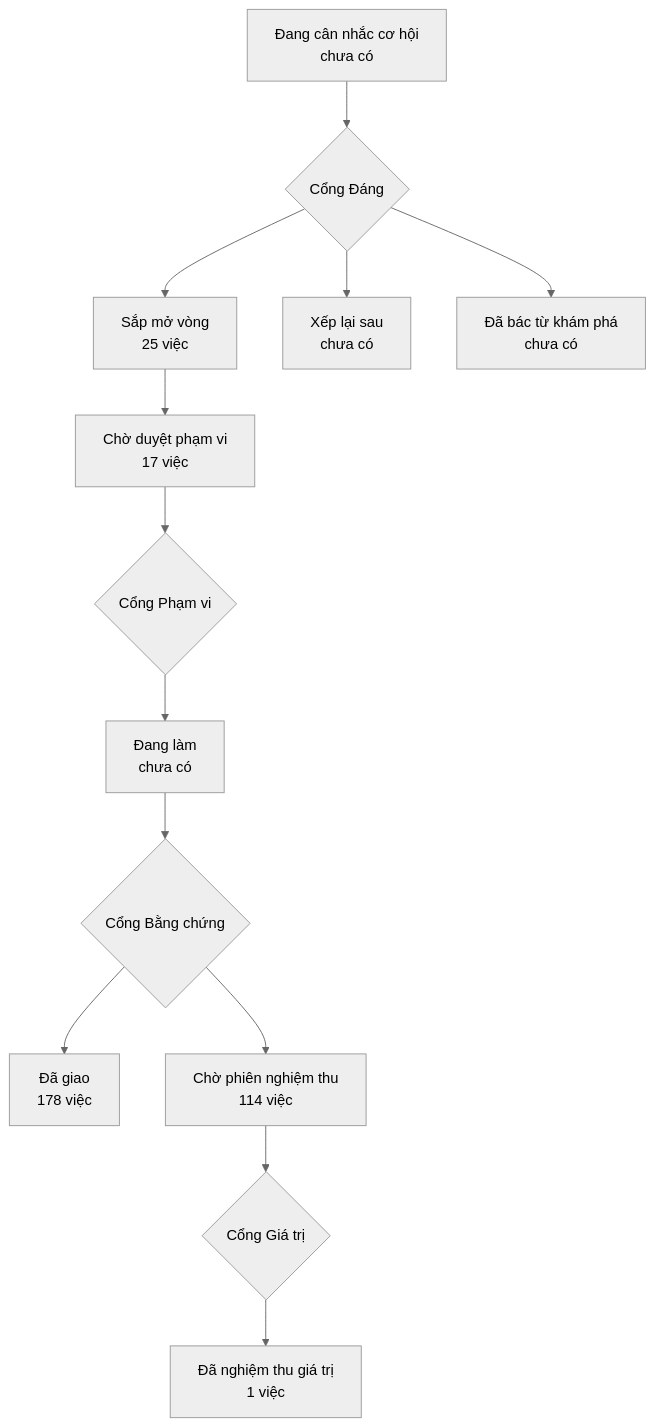
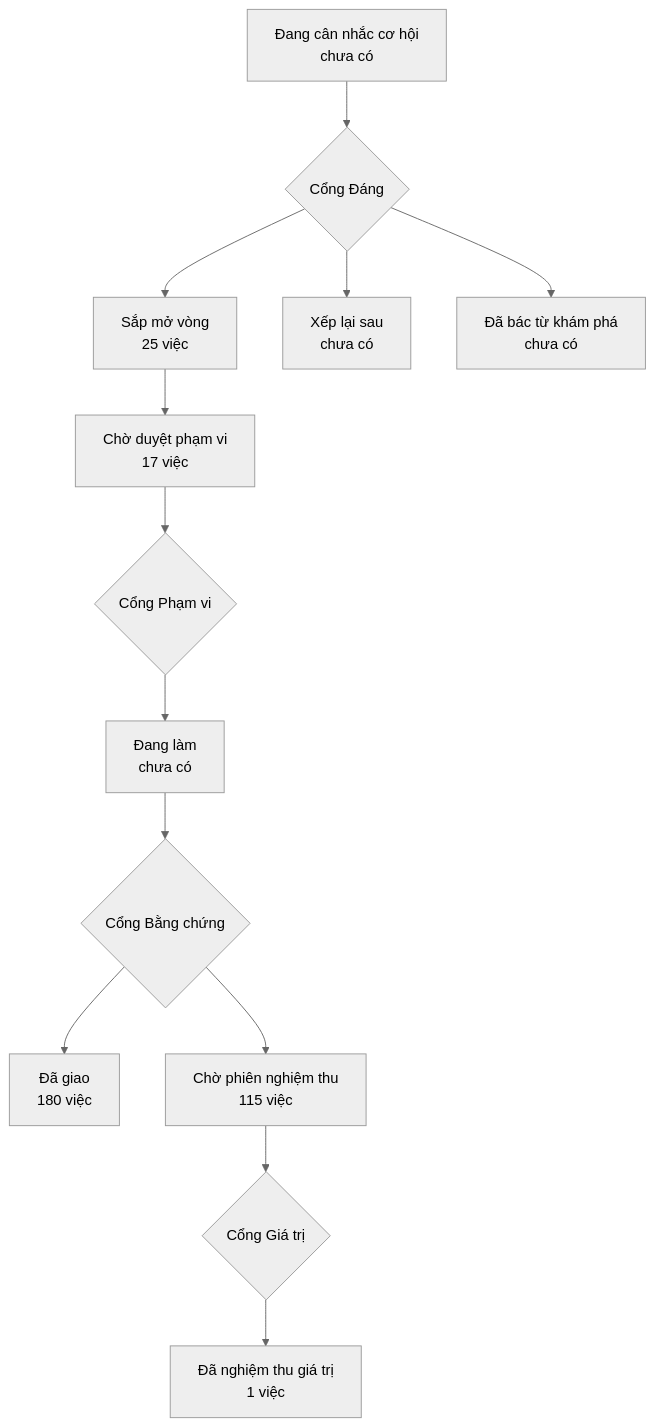
Before and after one commit to phanlemanh/onehub-invest: the diagram in PRODUCT-MAP.md, drawn with Mermaid (neutral theme). The commit also changed other lines of this file and 1 other file, not shown here.

Commit message:
chore: sinh lại bản đồ sau khi gộp main

````diff
--- a/PRODUCT-MAP.md
+++ b/PRODUCT-MAP.md
@@ -7,12 +7,12 @@
 ```mermaid
 flowchart TD
   A["Đang cân nhắc cơ hội<br/>chưa có"] --> GD{"Cổng Đáng"}
   GD --> B["Sắp mở vòng<br/>25 việc"]
   GD --> XL["Xếp lại sau<br/>chưa có"]
   GD --> DB["Đã bác từ khám phá<br/>chưa có"]
   B --> CD["Chờ duyệt phạm vi<br/>17 việc"] --> GP{"Cổng Phạm vi"}
   GP --> DL["Đang làm<br/>chưa có"] --> GB{"Cổng Bằng chứng"}
-  GB --> DG["Đã giao<br/>178 việc"]
-  GB --> CN["Chờ phiên nghiệm thu<br/>114 việc"] --> GG{"Cổng Giá trị"}
+  GB --> DG["Đã giao<br/>180 việc"]
+  GB --> CN["Chờ phiên nghiệm thu<br/>115 việc"] --> GG{"Cổng Giá trị"}
   GG --> NT["Đã nghiệm thu giá trị<br/>1 việc"]
 ```
````
